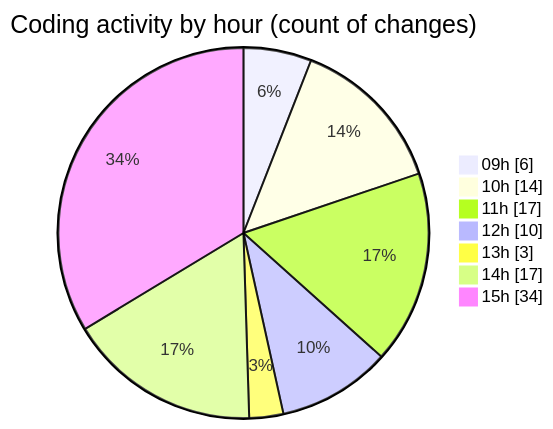
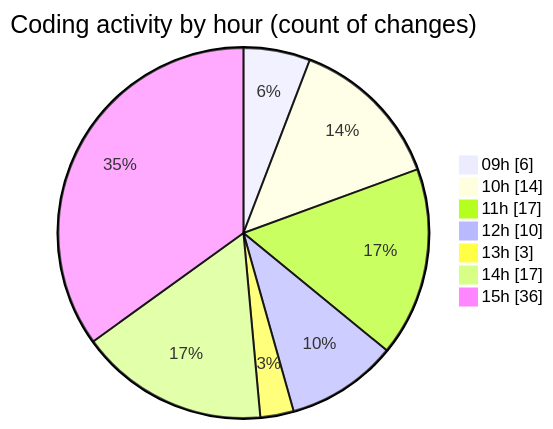
One commit to momahboobian/code-tracking changed the second of 2 diagrams in 2026-02-11/cda/README.md. Above: the diagram before and after it, drawn with Mermaid. The commit also changed other lines of this file and 1 other file, not shown here.

````diff
--- a/2026-02-11/cda/README.md
+++ b/2026-02-11/cda/README.md
@@ -35,11 +35,11 @@
 ```mermaid
 pie showData
 title Coding activity by hour (count of changes)
 "09h" : 6
 "10h" : 14
 "11h" : 17
 "12h" : 10
 "13h" : 3
 "14h" : 17
-"15h" : 34
+"15h" : 36
 ```
````
